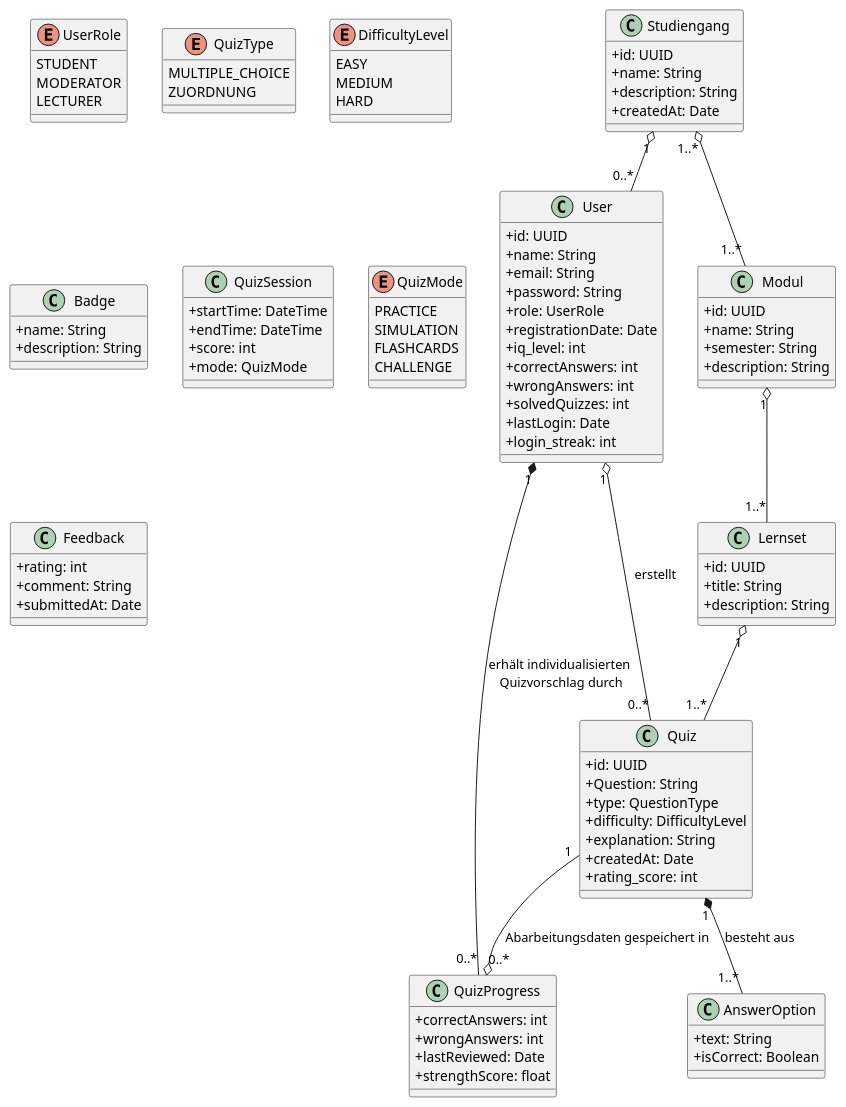
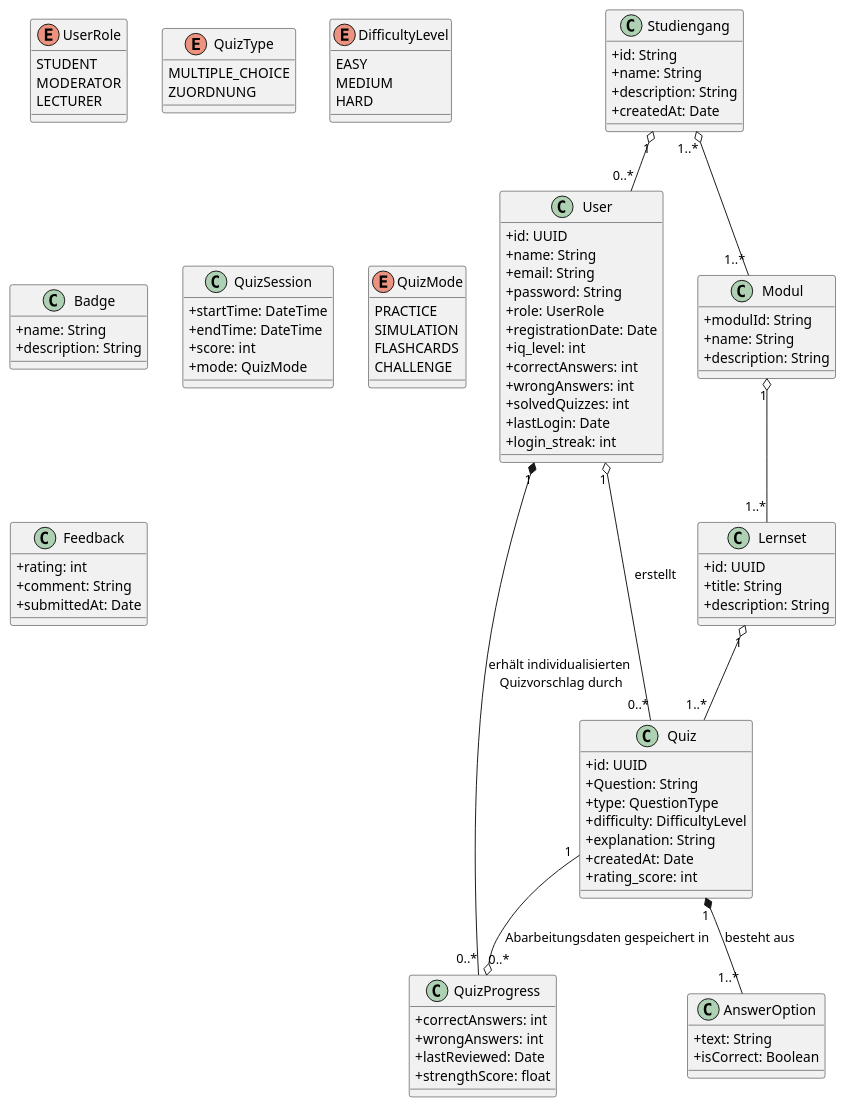
Before and after one commit to Gorg-tech/StudIQ: the diagram in docs/requirements/images/dommodell.puml, drawn with PlantUML.

Commit message:
Dommodell fertig

```diff
--- a/docs/requirements/images/dommodell.puml
+++ b/docs/requirements/images/dommodell.puml
@@ -1,131 +1,131 @@
 @startuml
 skinparam classAttributeIconSize 0
 
 ' ----------------------------
 '      Entitäten / Klassen
 ' ----------------------------
 
 class User {
   +id: UUID
   +name: String
   +email: String
   +password: String
   +role: UserRole
   +registrationDate: Date
   +iq_level: int
   +correctAnswers: int
   +wrongAnswers: int
   +solvedQuizzes: int 
   +lastLogin: Date
   'zusätzliche Speicherung der solvedQuizzes, 
   'da bei Referenz auf Quiz nach Löschen dieses Probleme entstehen
   +login_streak: int
 }
 
 enum UserRole {
   STUDENT
   MODERATOR
   LECTURER
 }
 
 class Modul {
-  +id: UUID
+  +modulId: String
   +name: String
-  +semester: String
+  '+semester: String
   +description: String
 }
 
 class Lernset {
   +id: UUID
   +title: String
   +description: String
 }
 
 class Quiz {
   +id: UUID
   +Question: String
   +type: QuestionType
   +difficulty: DifficultyLevel
   +explanation: String
   +createdAt: Date
   +rating_score: int
 }
 
 enum QuizType {
   MULTIPLE_CHOICE
   'FREITEXT
   ZUORDNUNG
 }
 
 enum DifficultyLevel {
   EASY
   MEDIUM
   HARD
 }
 
 class AnswerOption {
   +text: String
   +isCorrect: Boolean
 }
 
 class QuizProgress {
   +correctAnswers: int
   +wrongAnswers: int
   +lastReviewed: Date
   +strengthScore: float
 }
 
 class Badge {
   +name: String
   +description: String
 }
 
 class QuizSession {
   +startTime: DateTime
   +endTime: DateTime
   +score: int
   +mode: QuizMode
 }
 
 enum QuizMode {
   PRACTICE
   SIMULATION
   FLASHCARDS
   CHALLENGE
 }
 
 class Feedback {
   +rating: int
   +comment: String
   +submittedAt: Date
 }
 
 class Studiengang {
-  +id: UUID
+  +id: String
   +name: String
   +description: String
   +createdAt: Date
 }
 
 
 ' ----------------------------
 '      Beziehungen
 ' ----------------------------
 User "1" *-- "0..*" QuizProgress : erhält individualisierten\n Quizvorschlag durch
 'User "1" *-- "0..*" QuizSession
 'User "1" o-- "0..*" Feedback
 'User "1" o-- "0..*" Badge
 User "1" o-- "0..*" Quiz : erstellt
 Studiengang "1" o-- "0..*" User
 
 'User "1" -- "0..*" StudyGroup : istMitglied
 'StudyGroup "1" -- "0..*" QuizSession : gemeinsameQuizze
 
 Modul "1" o-- "1..*" Lernset
 Lernset "1" o-- "1..*" Quiz
 Quiz "1" *-- "1..*" AnswerOption : besteht aus
 'Quiz "1" *-- "0..*" Feedback
 Quiz "1" --o "0..*" QuizProgress : Abarbeitungsdaten gespeichert in
 'Quiz "0..*" -- "1" LearningHistory : Referenz auf 
 Studiengang "1..*" o-- "1..*" Modul 
 @enduml
```
